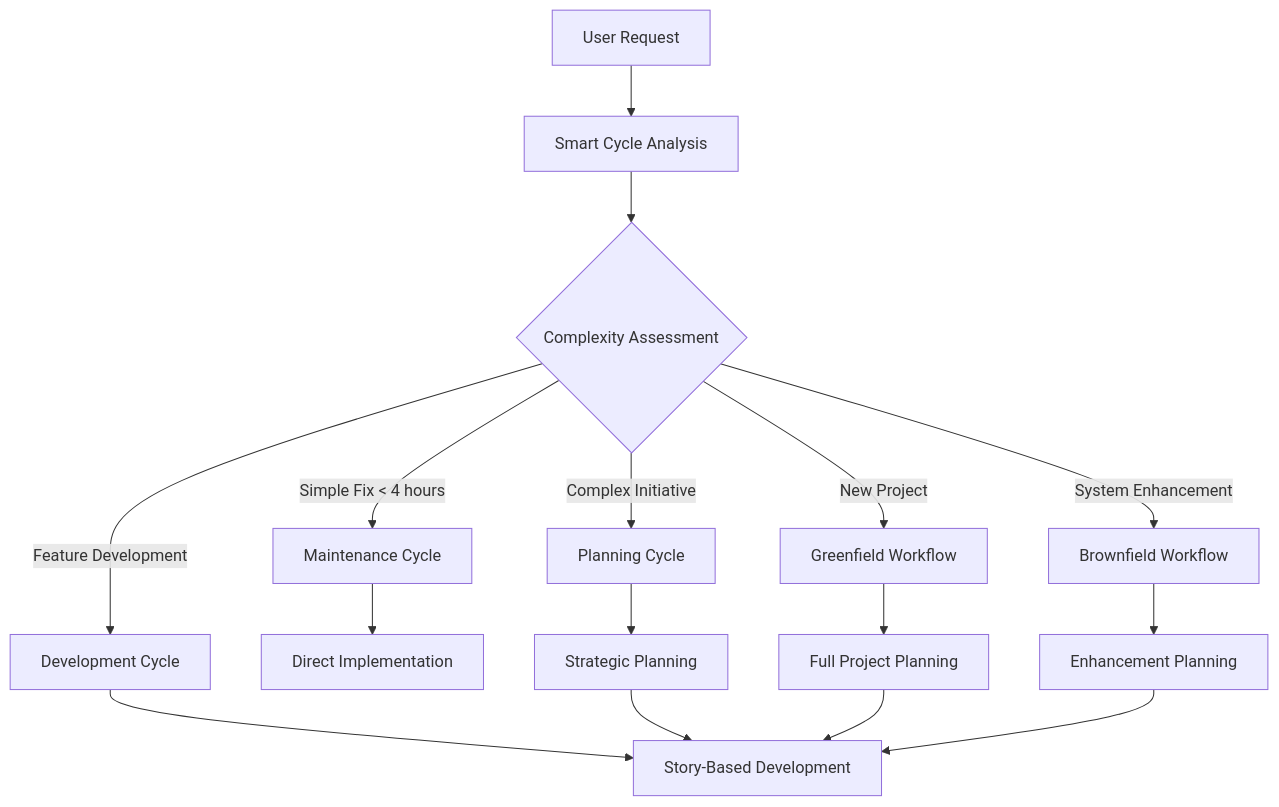
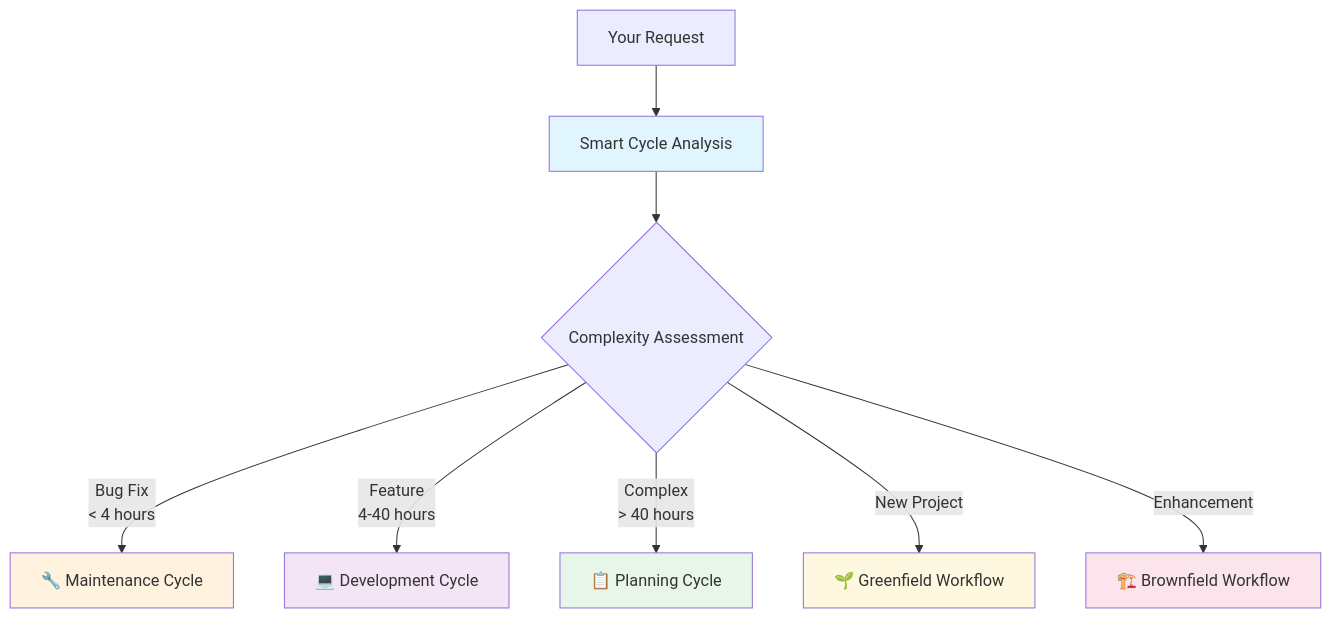
Before and after one commit to stacksup/BMAD-CC: the first of 2 diagrams in README.md, drawn with Mermaid. The commit also changed other lines of this file and 111 other files, not shown here.

````diff
--- a/README.md
+++ b/README.md
@@ -60,17 +47,18 @@
 ```mermaid
 flowchart TD
-    A[User Request] --> B[Smart Cycle Analysis]
+    A[Your Request] --> B[Smart Cycle Analysis]
     B --> C{Complexity Assessment}
     
-    C -->|Simple Fix < 4 hours| D[Maintenance Cycle]
-    C -->|Feature Development| E[Development Cycle]
-    C -->|Complex Initiative| F[Planning Cycle]
-    C -->|New Project| G[Greenfield Workflow]
-    C -->|System Enhancement| H[Brownfield Workflow]
+    C -->|Bug Fix<br/>< 4 hours| D[🔧 Maintenance Cycle]
+    C -->|Feature<br/>4-40 hours| E[💻 Development Cycle]
+    C -->|Complex<br/>> 40 hours| F[📋 Planning Cycle]
+    C -->|New Project| G[🌱 Greenfield Workflow]
+    C -->|Enhancement| H[🏗️ Brownfield Workflow]
     
-    D --> I[Direct Implementation]
-    E --> J[Story-Based Development]
-    F --> K[Strategic Planning] --> J
-    G --> L[Full Project Planning] --> J
-    H --> M[Enhancement Planning] --> J
+    style B fill:#e1f5fe
+    style D fill:#fff3e0
+    style E fill:#f3e5f5
+    style F fill:#e8f5e9
+    style G fill:#fff8e1
+    style H fill:#fce4ec
 ```
````
